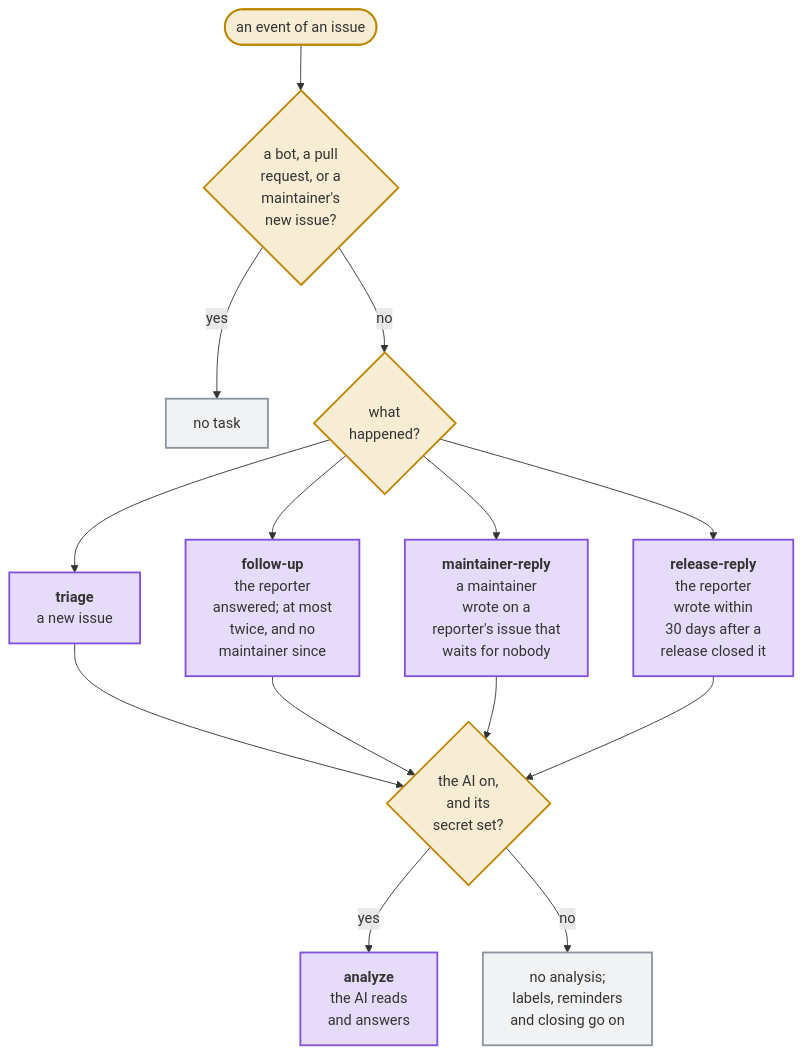
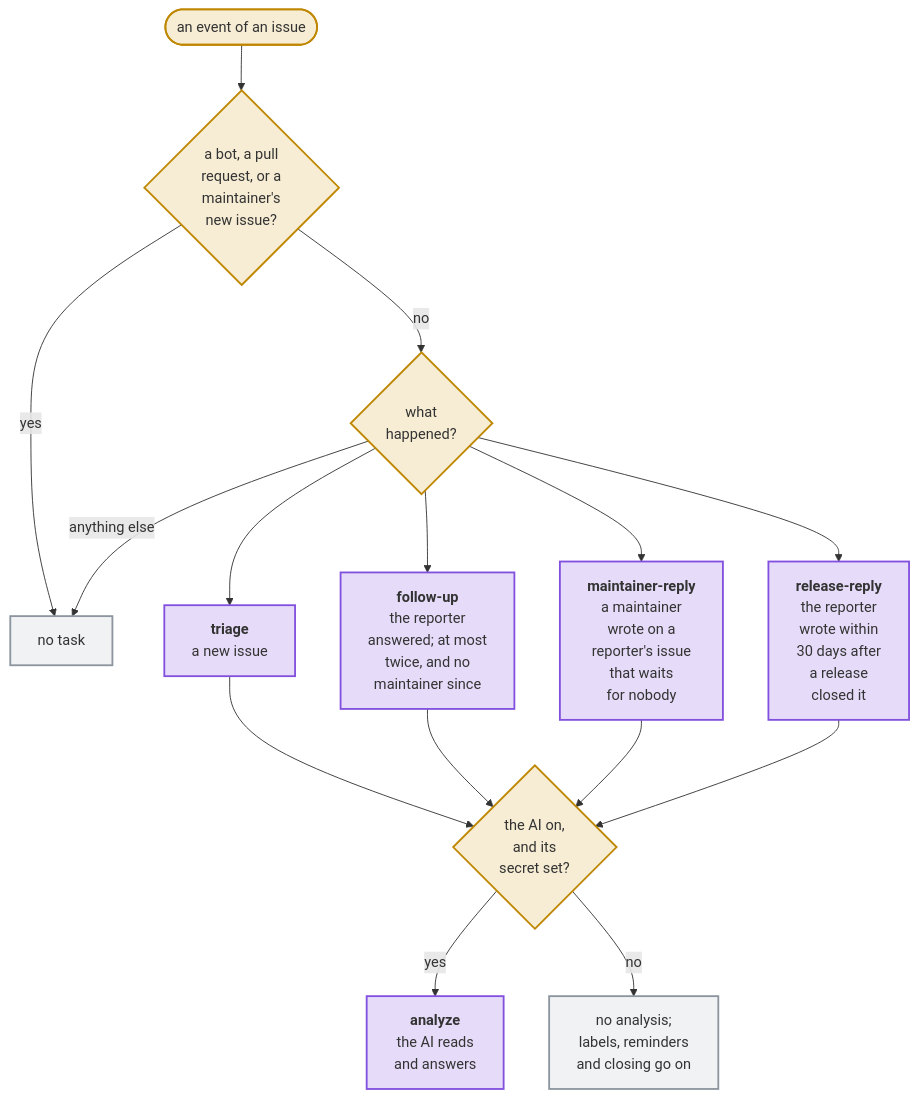
The second of 9 diagrams in README.md (Dennis-Otto/issue-assistant), drawn with Mermaid before and after one commit. The commit also changed other lines of this file, not shown here.

First line of the commit message:
docs: give the diagram of #80 its 2-pixel borders, and every other event its no-task branch

````diff
--- a/README.md
+++ b/README.md
@@ -115,23 +115,24 @@
 ```mermaid
 flowchart TB
   accTitle: Which task an event of an issue gives the AI
-  accDescr: An event of a bot, on a pull request, or a new issue that a maintainer opened gives the AI no task. Otherwise, a new issue gives it triage. An answer of the reporter to the assistant's questions gives it follow-up, at most twice and only while no maintainer joined the conversation since the questions. A comment of a maintainer on a reporter's issue that waits for nobody gives it maintainer-reply. A comment of the reporter within 30 days after a release closed the issue gives it release-reply. A task runs only while the AI is on and its secret is set; otherwise no analysis comes, and labels, reminders and closing go on.
+  accDescr: An event of a bot, on a pull request, or a new issue that a maintainer opened gives the AI no task. Otherwise, a new issue gives it triage. An answer of the reporter to the assistant's questions gives it follow-up, at most twice and only while no maintainer joined the conversation since the questions. A comment of a maintainer on a reporter's issue that waits for nobody gives it maintainer-reply. A comment of the reporter within 30 days after a release closed the issue gives it release-reply. Any other event, such as a comment of someone else, gives it no task. A task runs only while the AI is on and its secret is set; otherwise no analysis comes, and labels, reminders and closing go on.
   start(["an event of an issue"]) --> who{"a bot, a pull<br/>request, or a<br/>maintainer's<br/>new issue?"}
   who -- "yes" --> none["no task"]
   who -- "no" --> what{"what<br/>happened?"}
   what --> triage["<b>triage</b><br/>a new issue"]
   what --> followup["<b>follow-up</b><br/>the reporter<br/>answered; at most<br/>twice, and no<br/>maintainer since"]
-  what --> reply["<b>maintainer-reply</b><br/>a maintainer<br/>wrote on a<br/>reporter's issue that<br/>waits for nobody"]
-  what --> persists["<b>release-reply</b><br/>the reporter<br/>wrote within<br/>30 days after a<br/>release closed it"]
+  what --> reply["<b>maintainer-reply</b><br/>a maintainer<br/>wrote on a<br/>reporter's issue<br/>that waits<br/>for nobody"]
+  what --> persists["<b>release-reply</b><br/>the reporter<br/>wrote within<br/>30 days after<br/>a release<br/>closed it"]
+  what -- "anything else" --> none
   triage & followup & reply & persists --> on{"the AI on,<br/>and its<br/>secret set?"}
   on -- "yes" --> analyze["<b>analyze</b><br/>the AI reads<br/>and answers"]
   on -- "no" --> paused["no analysis;<br/>labels, reminders<br/>and closing go on"]
   classDef trigger fill:#d4a72c33,stroke:#bf8700,stroke-width:2px
   classDef question fill:#d4a72c33,stroke:#bf8700,stroke-width:2px
   classDef ai fill:#8250df33,stroke:#8250df,stroke-width:2px
   classDef job fill:#8c959f1f,stroke:#8c959f,stroke-width:2px
   class start trigger
   class who,what,on question
   class triage,followup,reply,persists,analyze ai
   class none,paused job
 ```
````
